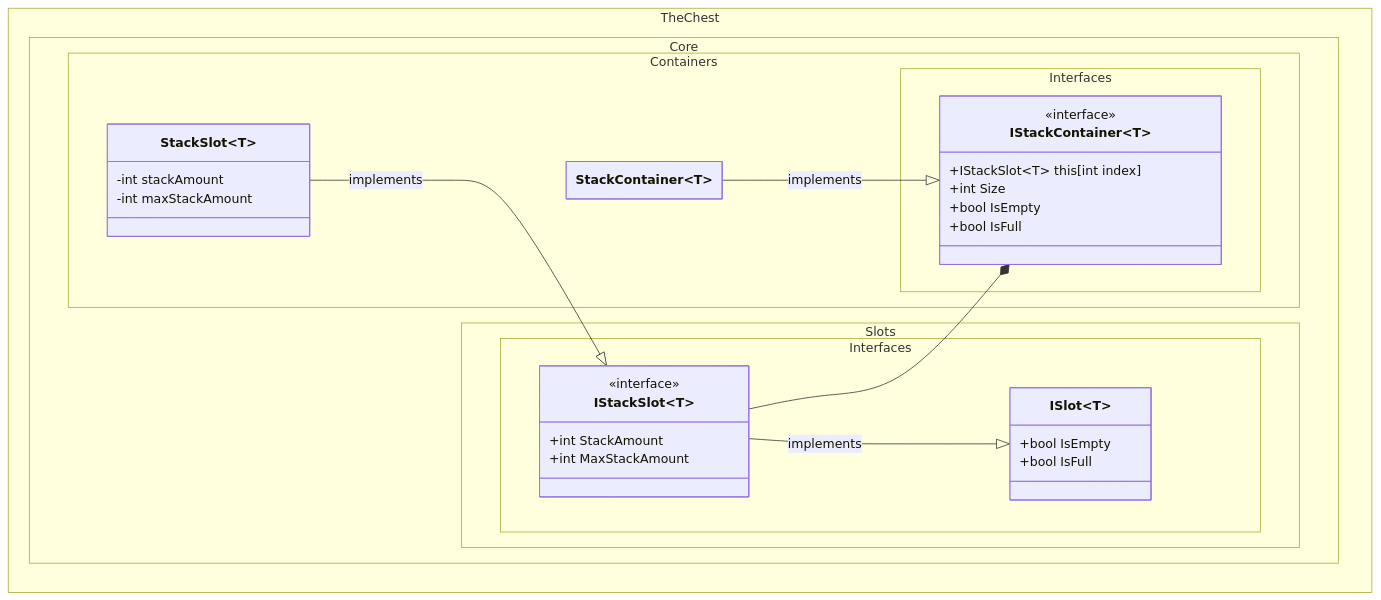
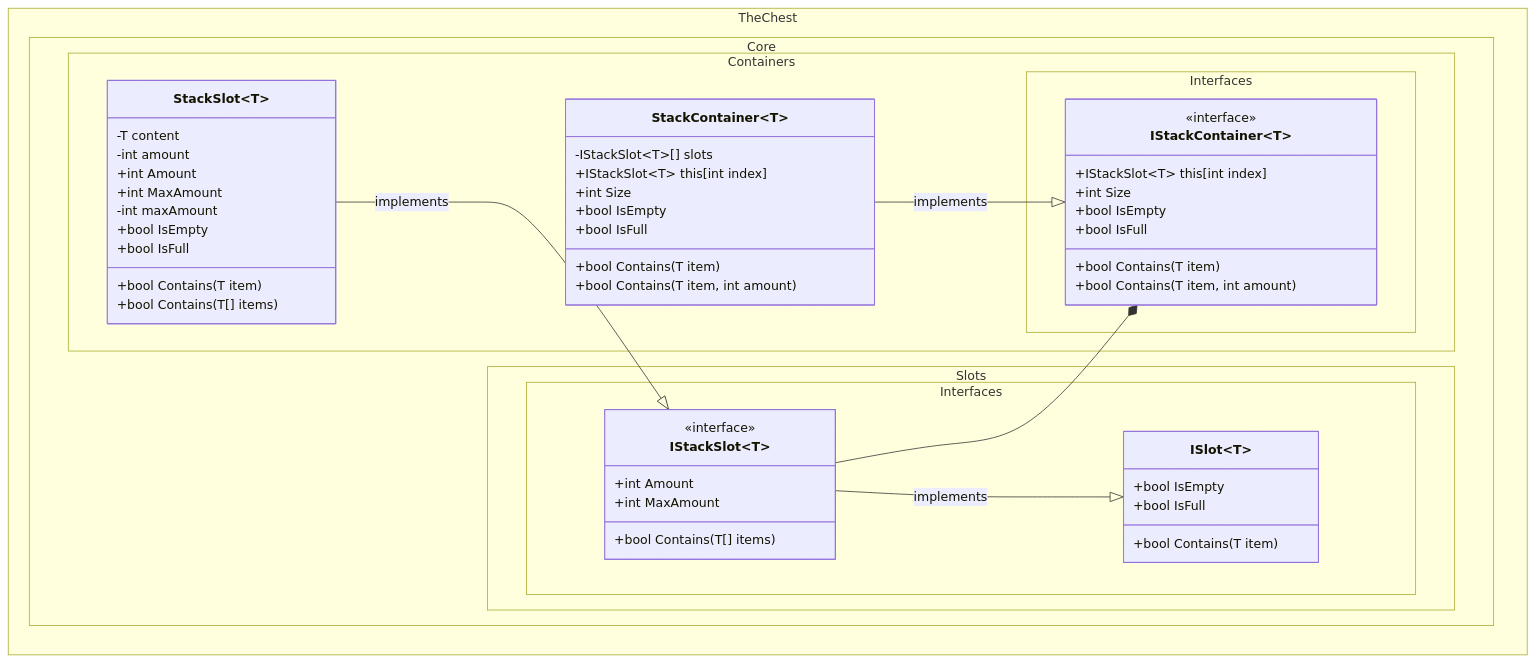
Before and after one commit to The-Chest/TheChest.Core: the second of 3 diagrams in docs/class_diagram.md, drawn with Mermaid. The commit also changed other lines of this file, not shown here.

Commit message:
Improve class_diagram docs

````diff
--- a/docs/class_diagram.md
+++ b/docs/class_diagram.md
@@ -53,45 +67,63 @@
 ```mermaid
 ---
 config:
   theme: mc
   look: classic
   class:
     hideEmptyMembersBox: true
 ---
 classDiagram
 direction BT
 	namespace TheChest.Core.Containers.Interfaces {
 		class IStackContainer~T~ {
 	        +IStackSlot~T~ this[int index]
 	        +int Size
 	        +bool IsEmpty
 	        +bool IsFull
+	        +bool Contains(T item)
+			+bool Contains(T item, int amount)
         }
 	}
 	namespace TheChest.Core.Slots.Interfaces {
         class ISlot~T~ {
 	        +bool IsEmpty
 	        +bool IsFull
+	        +bool Contains(T item)
         }
         class IStackSlot~T~ {
-            +int StackAmount
-            +int MaxStackAmount
+            +int Amount
+            +int MaxAmount
+	        +bool Contains(T[] items)
         }
 	}
 	namespace TheChest.Core.Containers {
 		class StackContainer~T~ {
+			-IStackSlot~T~[] slots
+			+IStackSlot~T~ this[int index]
+	        +int Size
+	        +bool IsEmpty
+	        +bool IsFull
+	        +bool Contains(T item)
+			+bool Contains(T item, int amount)
         }
 		class StackSlot~T~{
-			-int stackAmount
-			-int maxStackAmount
+			-T content
+			-int amount            
+			+int Amount
+            +int MaxAmount
+			-int maxAmount
+	        +bool IsEmpty
+	        +bool IsFull
+	        +bool Contains(T item)
+	        +bool Contains(T[] items)
 		}
 	}
 
 	<<interface>> IStackContainer
     <<interface>> IStackSlot
 
     StackContainer --|> IStackContainer : implements
     IStackSlot --|> ISlot : implements
     StackSlot --|> IStackSlot : implements
     IStackSlot --* IStackContainer
 ```
````
